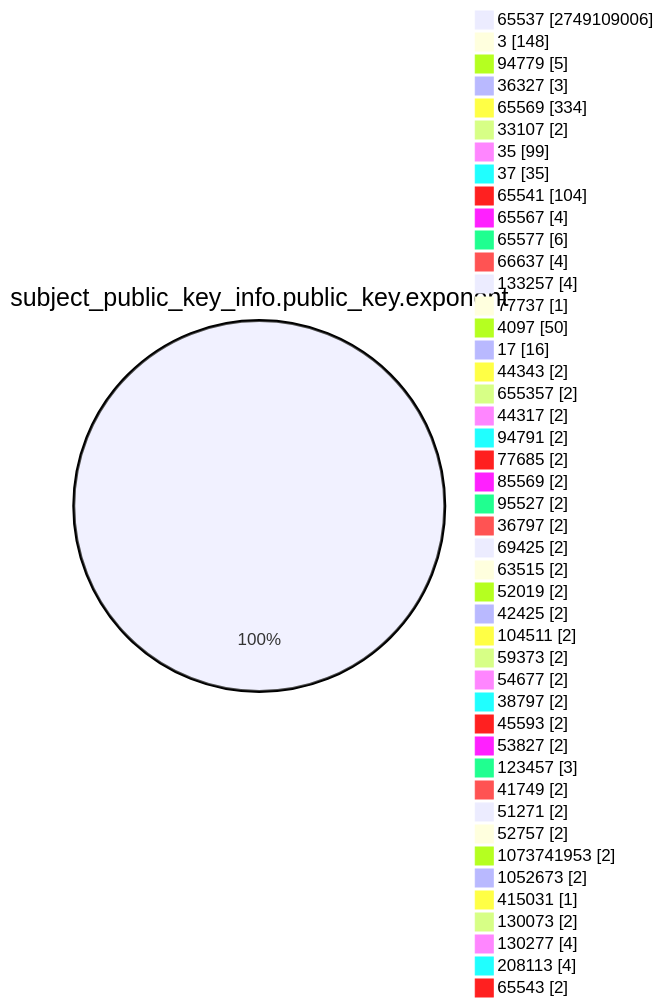
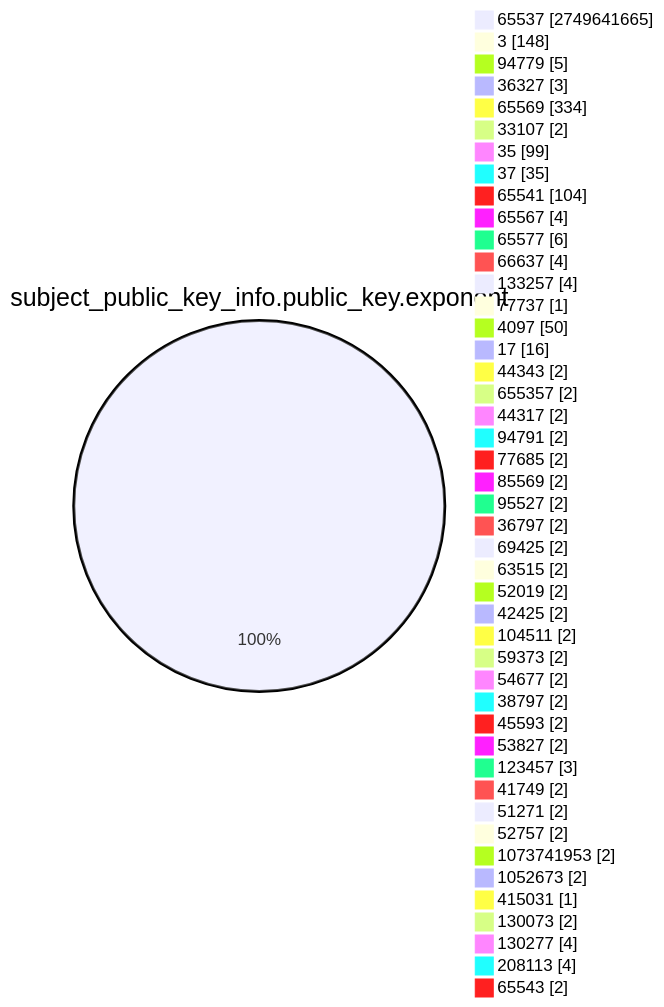
The fourth of 15 diagrams in TOTAL/README.md (christiankrug/ctmonitor_visualization), drawn with Mermaid before and after one commit. The commit also changed other lines of this file, not shown here.

````diff
--- a/TOTAL/README.md
+++ b/TOTAL/README.md
@@ -1467,49 +1467,49 @@
 ```mermaid
 pie showData
 title subject_public_key_info.public_key.exponent
-"65537" :2749109006
+"65537" :2749641665
 "3" :148
 "94779" :5
 "36327" :3
 "65569" :334
 "33107" :2
 "35" :99
 "37" :35
 "65541" :104
 "65567" :4
 "65577" :6
 "66637" :4
 "133257" :4
 "77737" :1
 "4097" :50
 "17" :16
 "44343" :2
 "655357" :2
 "44317" :2
 "94791" :2
 "77685" :2
 "85569" :2
 "95527" :2
 "36797" :2
 "69425" :2
 "63515" :2
 "52019" :2
 "42425" :2
 "104511" :2
 "59373" :2
 "54677" :2
 "38797" :2
 "45593" :2
 "53827" :2
 "123457" :3
 "41749" :2
 "51271" :2
 "52757" :2
 "1073741953" :2
 "1052673" :2
 "415031" :1
 "130073" :2
 "130277" :4
 "208113" :4
 "65543" :2
 ```
````
